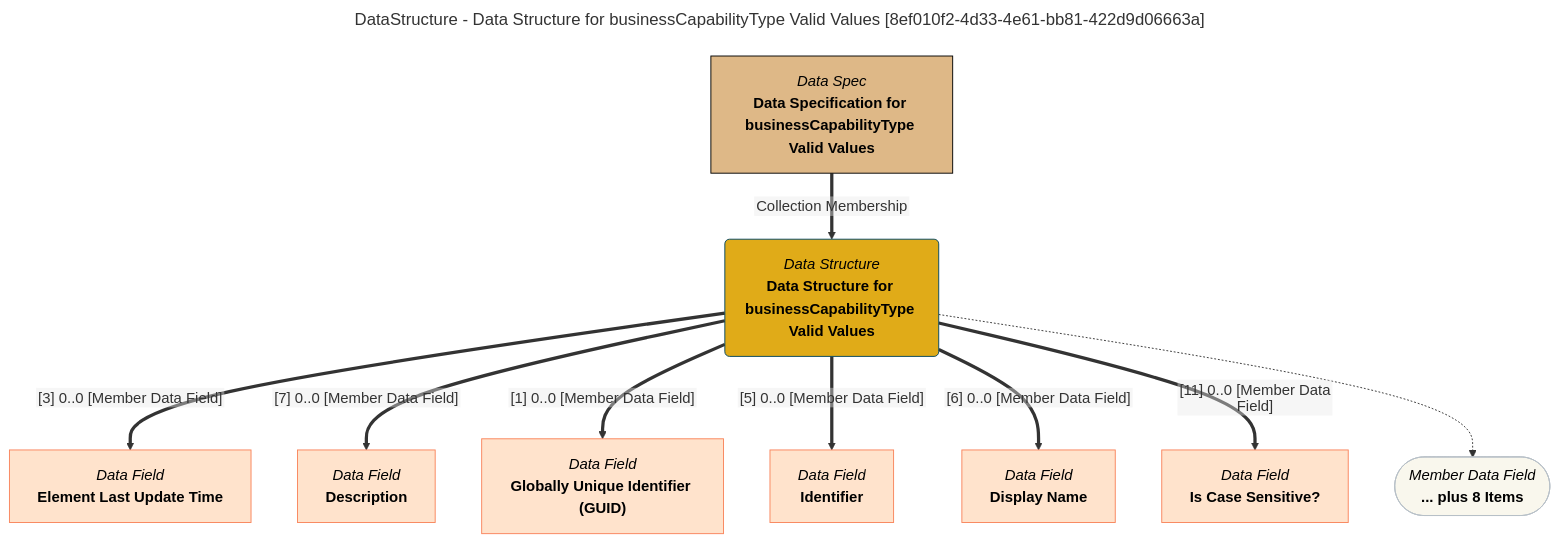
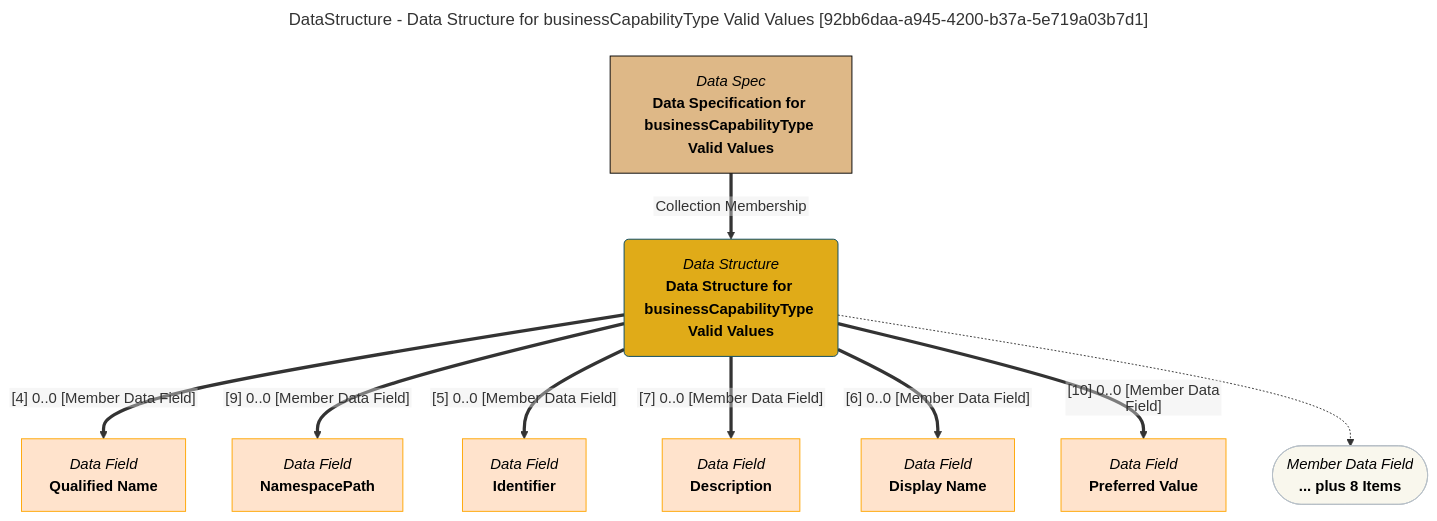
Before and after one commit to odpi/egeria-docs: the diagram in site/snippets/data-structures/data-structure-for-businesscapabilitytype-valid-values-mermaid-graph.md, drawn with Mermaid. The commit also changed 2201 other files, not shown here.

````diff
--- a/site/snippets/data-structures/data-structure-for-businesscapabilitytype-valid-values-mermaid-graph.md
+++ b/site/snippets/data-structures/data-structure-for-businesscapabilitytype-valid-values-mermaid-graph.md
@@ -1,43 +1,43 @@
 ```mermaid
 ---
-title: DataStructure - Data Structure for businessCapabilityType Valid Values [8ef010f2-4d33-4e61-bb81-422d9d06663a]
+title: DataStructure - Data Structure for businessCapabilityType Valid Values [92bb6daa-a945-4200-b37a-5e719a03b7d1]
 ---
 flowchart TD
 %%{init: {"flowchart": {"htmlLabels": false}} }%%
 
 1@{ shape: rounded, label: "*Data Structure*
 **Data Structure for businessCapabilityType Valid Values**"}
 2@{ shape: rect, label: "*Data Spec*
 **Data Specification for businessCapabilityType Valid Values**"}
 2==>|"Collection Membership"|1
 3@{ shape: rect, label: "*Data Field*
-**Element Last Update Time**"}
-1==>|"[3] 0..0 [Member Data Field]"|3
+**Qualified Name**"}
+1==>|"[4] 0..0 [Member Data Field]"|3
 4@{ shape: rect, label: "*Data Field*
+**NamespacePath**"}
+1==>|"[9] 0..0 [Member Data Field]"|4
+5@{ shape: rect, label: "*Data Field*
+**Identifier**"}
+1==>|"[5] 0..0 [Member Data Field]"|5
+6@{ shape: rect, label: "*Data Field*
 **Description**"}
-1==>|"[7] 0..0 [Member Data Field]"|4
-5@{ shape: rect, label: "*Data Field*
-**Globally Unique Identifier (GUID)**"}
-1==>|"[1] 0..0 [Member Data Field]"|5
-6@{ shape: rect, label: "*Data Field*
-**Identifier**"}
-1==>|"[5] 0..0 [Member Data Field]"|6
+1==>|"[7] 0..0 [Member Data Field]"|6
 7@{ shape: rect, label: "*Data Field*
 **Display Name**"}
 1==>|"[6] 0..0 [Member Data Field]"|7
 8@{ shape: rect, label: "*Data Field*
-**Is Case Sensitive?**"}
-1==>|"[11] 0..0 [Member Data Field]"|8
+**Preferred Value**"}
+1==>|"[10] 0..0 [Member Data Field]"|8
 9@{ shape: stadium, label: "*Member Data Field*
 **... plus 8 Items**"}
 1-.->9
 style 1 color:#000000, fill:#e0ab18, stroke:#004563
-style 2 color:#000000, fill:#deb887, stroke:#000000
-style 3 color:#000000, fill:#ffe3cc, stroke:#f9845b
-style 4 color:#000000, fill:#ffe3cc, stroke:#f9845b
-style 5 color:#000000, fill:#ffe3cc, stroke:#f9845b
-style 6 color:#000000, fill:#ffe3cc, stroke:#f9845b
-style 7 color:#000000, fill:#ffe3cc, stroke:#f9845b
-style 8 color:#000000, fill:#ffe3cc, stroke:#f9845b
+style 2 color:#000000, fill:#DEB887, stroke:#000000
+style 3 color:#000000, fill:#ffe3cc, stroke:#FFA500
+style 4 color:#000000, fill:#ffe3cc, stroke:#FFA500
+style 5 color:#000000, fill:#ffe3cc, stroke:#FFA500
+style 6 color:#000000, fill:#ffe3cc, stroke:#FFA500
+style 7 color:#000000, fill:#ffe3cc, stroke:#FFA500
+style 8 color:#000000, fill:#ffe3cc, stroke:#FFA500
 style 9 color:#000000, fill:#F9F7ED, stroke:#b7c0c7
 ```
````
